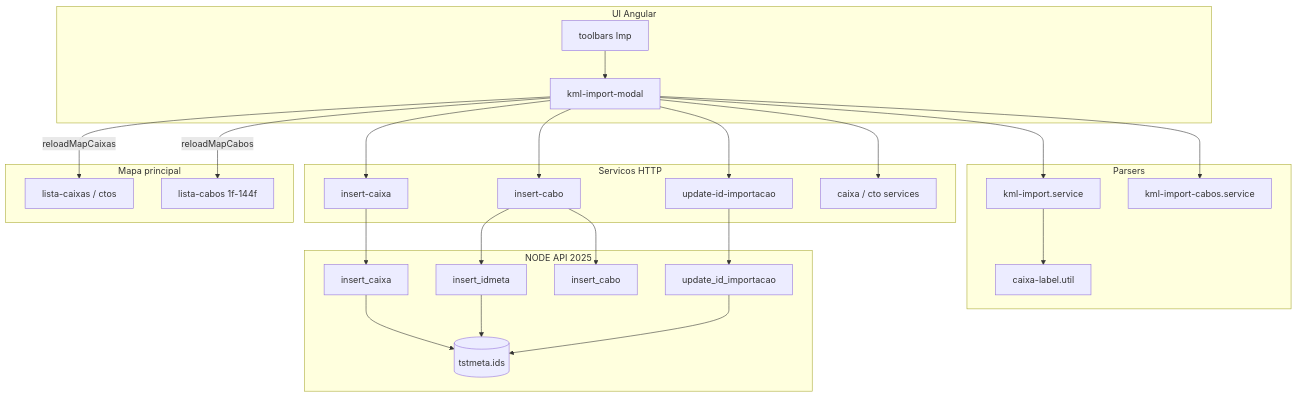
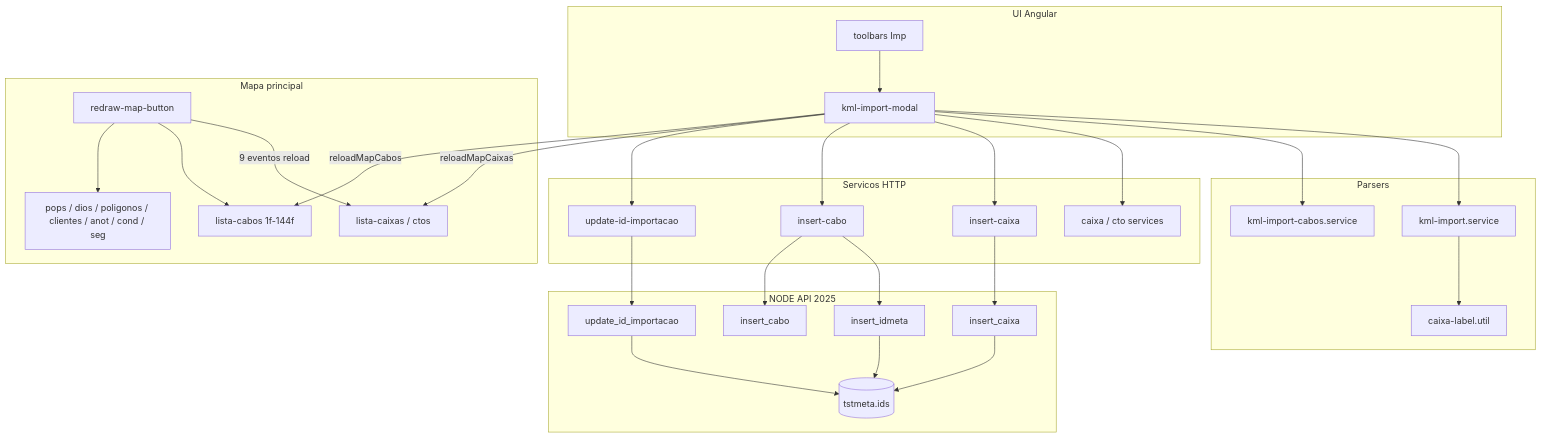
The diagram in src/assets/documentação/KML-IMPORT-REFERENCIA.md (HernandesVGarcia/FRONTEND_GERAL_3003), drawn with Mermaid before and after one commit. The commit also changed other lines of this file and 46 other files, not shown here.

````diff
--- a/src/assets/documentação/KML-IMPORT-REFERENCIA.md
+++ b/src/assets/documentação/KML-IMPORT-REFERENCIA.md
@@ -177,50 +194,55 @@
 ```mermaid
 flowchart TB
   subgraph ui [UI Angular]
     TB[toolbars Imp]
     MOD[kml-import-modal]
     TB --> MOD
   end
 
   subgraph parse [Parsers]
     PC[kml-import.service]
     PK[kml-import-cabos.service]
     UTL[caixa-label.util]
     MOD --> PC
     MOD --> PK
     PC --> UTL
   end
 
   subgraph http [Servicos HTTP]
     IC[insert-caixa]
     IB[insert-cabo]
     UI[update-id-importacao]
     CX[caixa / cto services]
     MOD --> CX
     MOD --> IC
     MOD --> IB
     MOD --> UI
   end
 
   subgraph api [NODE API 2025]
     R1[insert_caixa]
     R2[insert_idmeta]
     R3[insert_cabo]
     R4[update_id_importacao]
     DB[(tstmeta.ids)]
     IC --> R1
     IB --> R2
     IB --> R3
     UI --> R4
     R1 --> DB
     R2 --> DB
     R4 --> DB
   end
 
   subgraph map [Mapa principal]
     LC[lista-caixas / ctos]
     LK[lista-cabos 1f-144f]
+    LP[pops / dios / poligonos / clientes / anot / cond / seg]
+    RD[redraw-map-button]
     MOD -->|reloadMapCaixas| LC
     MOD -->|reloadMapCabos| LK
+    RD -->|9 eventos reload| LC
+    RD --> LK
+    RD --> LP
   end
 ```
````
